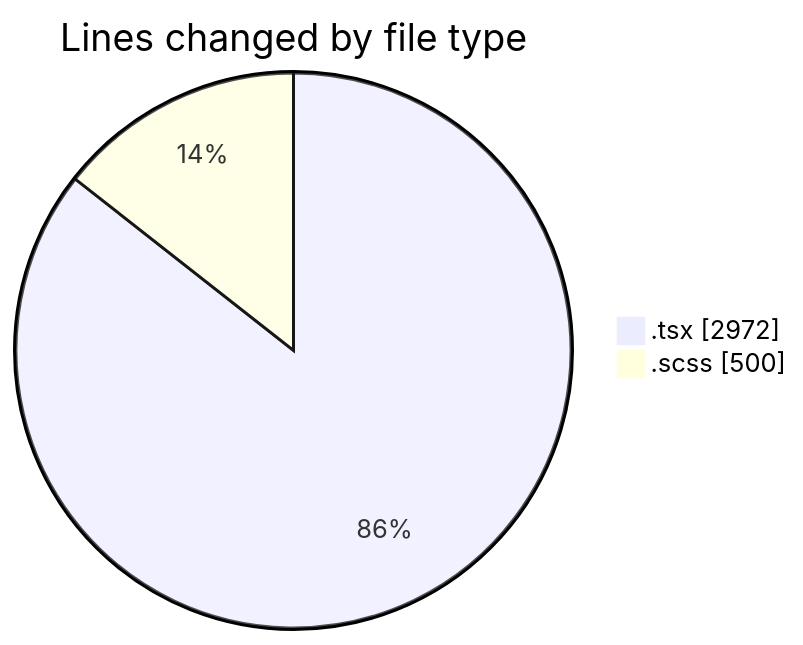
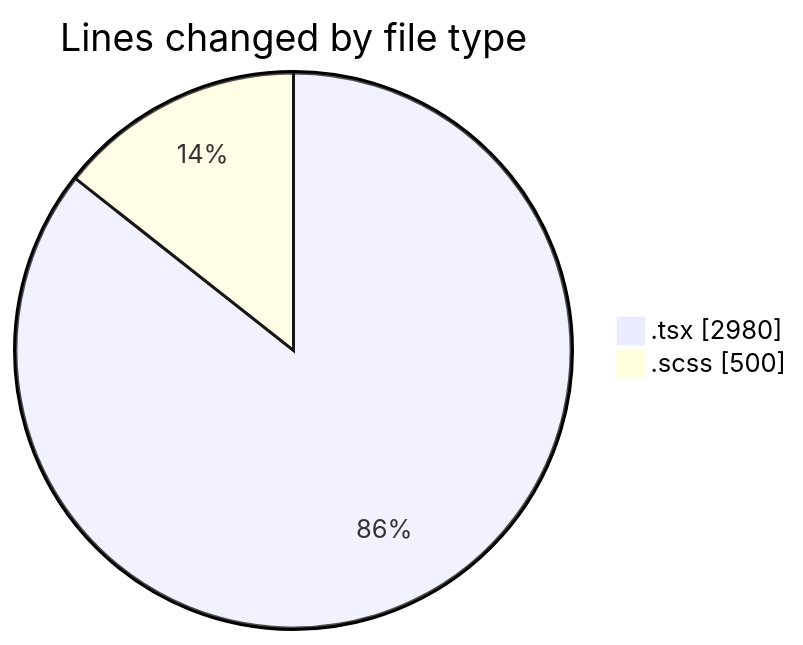
One commit to momahboobian/code-tracking changed the first of 2 diagrams in 2025-04-10/cda/README.md. Above: the diagram before and after it, drawn with Mermaid. The commit also changed other lines of this file and 1 other file, not shown here.

````diff
--- a/2025-04-10/cda/README.md
+++ b/2025-04-10/cda/README.md
@@ -26,6 +26,6 @@
 ```mermaid
 pie showData
 title Lines changed by file type
-".tsx" : 2972
+".tsx" : 2980
 ".scss" : 500
 ```
````
